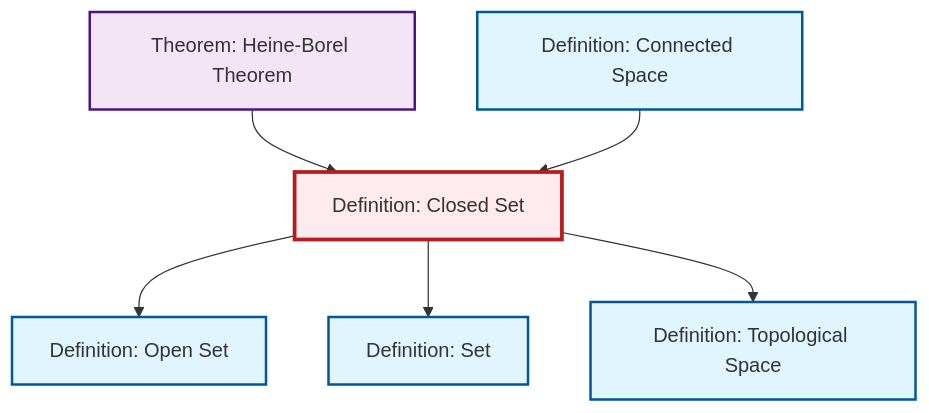
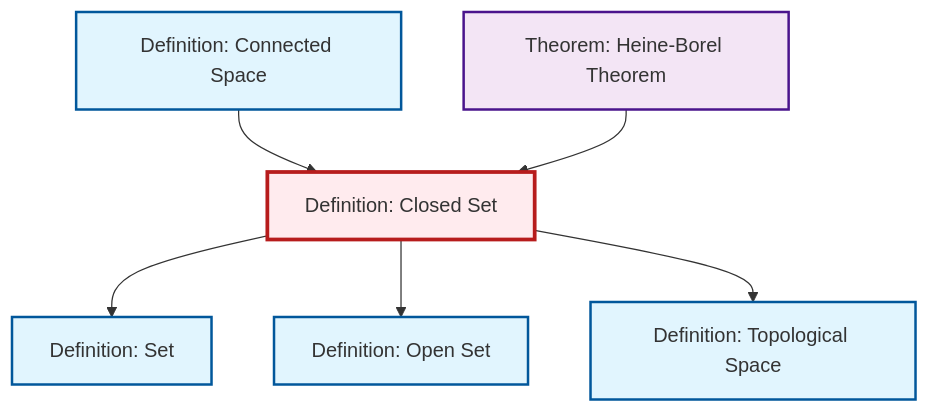
One commit to RK0429/ModernMath changed the diagram in output/mermaid/def-closed-set.mermaid. Above: the diagram before and after it, drawn with Mermaid. The commit also changed other lines of this file and 1124 other files, not shown here.

````diff
--- a/output/mermaid/def-closed-set.mermaid
+++ b/output/mermaid/def-closed-set.mermaid
@@ -1,21 +1,21 @@
 ```{mermaid}
 %%| fig-cap: "Local dependency graph"
 graph TD
     classDef definition fill:#e1f5fe,stroke:#01579b,stroke-width:2px
     classDef theorem fill:#f3e5f5,stroke:#4a148c,stroke-width:2px
     classDef axiom fill:#fff3e0,stroke:#e65100,stroke-width:2px
     classDef example fill:#e8f5e9,stroke:#1b5e20,stroke-width:2px
     classDef current fill:#ffebee,stroke:#b71c1c,stroke-width:3px
+    def-connected["Definition: Connected Space"]:::definition
     def-set["Definition: Set"]:::definition
+    def-topological-space["Definition: Topological Space"]:::definition
     def-closed-set["Definition: Closed Set"]:::definition
-    def-connected["Definition: Connected Space"]:::definition
+    thm-heine-borel["Theorem: Heine-Borel Theorem"]:::theorem
     def-open-set["Definition: Open Set"]:::definition
-    thm-heine-borel["Theorem: Heine-Borel Theorem"]:::theorem
-    def-topological-space["Definition: Topological Space"]:::definition
+    def-connected --> def-closed-set
+    def-closed-set --> def-set
     def-closed-set --> def-open-set
     thm-heine-borel --> def-closed-set
-    def-closed-set --> def-set
     def-closed-set --> def-topological-space
-    def-connected --> def-closed-set
     class def-closed-set current
 ```
````
